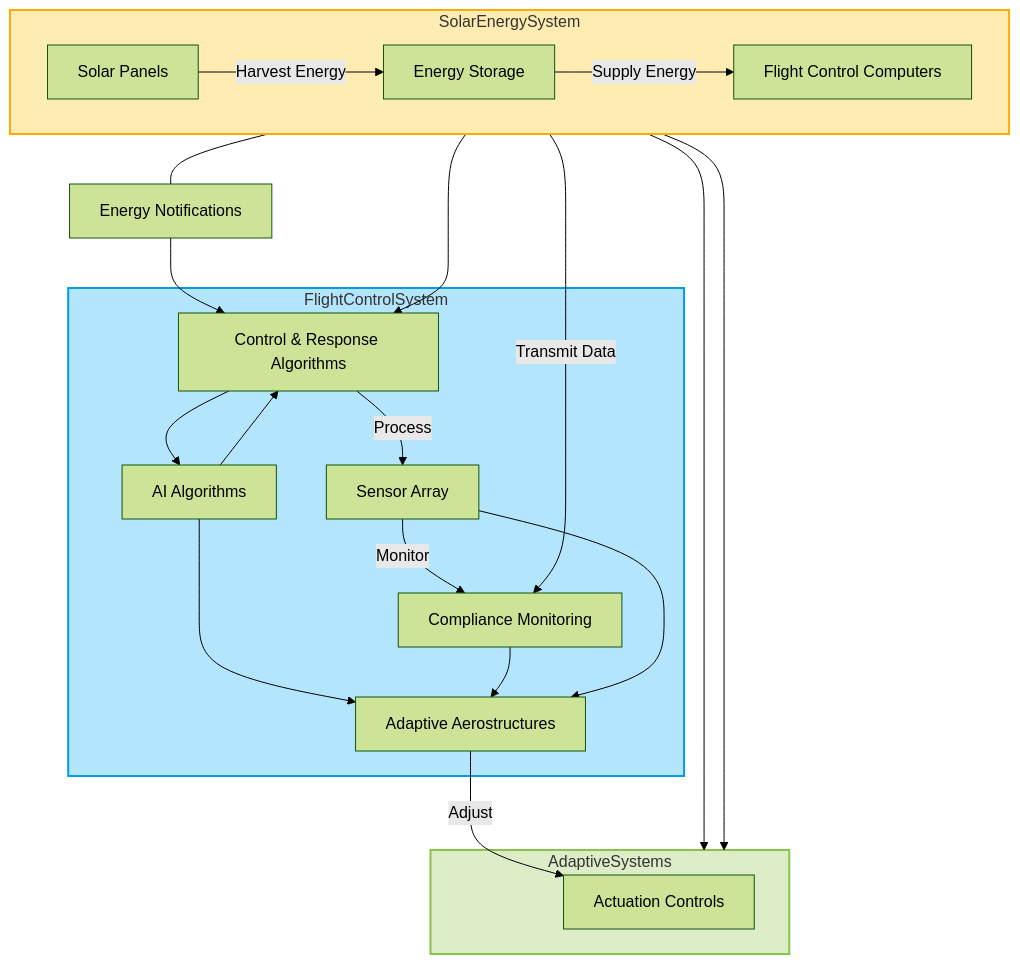
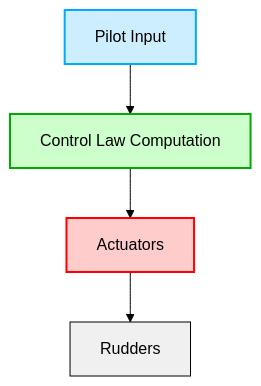
The third of 13 diagrams in FTC_27-00-00-00-000 – ATA_27-Flight-Controls.md (Robbbo-T/Ampel360XWLRGA), drawn with Mermaid (forest theme) before and after one commit. The commit also changed other lines of this file, not shown here.

Commit message:
Update FTC_27-00-00-00-000 – ATA_27-Flight-Controls.md (#72)

````diff
--- a/FTC_27-00-00-00-000 – ATA_27-Flight-Controls.md
+++ b/FTC_27-00-00-00-000 – ATA_27-Flight-Controls.md
@@ -1223,35 +213,10 @@
 ```mermaid
-flowchart TB
-    subgraph SolarEnergySystem
-      direction LR
-      SP[Solar Panels] -->|Harvest Energy| SES[Energy Storage]
-      SES --> |Supply Energy| FCS_FC
-    end
-
-    subgraph FlightControlSystem
-      FCS_FC[Flight Control Computers] --> CRA[Control & Response Algorithms]
-      CRA -->|Process| SA[Sensor Array]
-      CRA --> AI[AI Algorithms]
-      SA --> |Monitor| CMP[Compliance Monitoring]
-      AI --> CRA
-      AI --> MA[Adaptive Aerostructures]
-    end
-
-    subgraph AdaptiveSystems
-      MA --> |Adjust| AC[Actuation Controls]
-    end
-
-    SES --> AdaptiveSystems
-    FCS_FC --> AdaptiveSystems
-    FCS_FC --> |Transmit Data| CMP
-    CMP --> MA
-    SA --> MA
-
-    SES --- SES_Notifications
-    SES_Notifications[Energy Notifications]
-    SES_Notifications --> CRA
-
-    style SolarEnergySystem fill:#FFECB3,stroke:#FFAB00,stroke-width:2px
-    style FlightControlSystem fill:#B3E5FC,stroke:#039BE5,stroke-width:2px
-    style AdaptiveSystems fill:#DCEDC8,stroke:#8BC34A,stroke-width:2px
+graph TD
+    A[Pilot Input] --> B[Control Law Computation]
+    B --> C[Actuators]
+    C --> D[Rudders]
+    style A fill:#cceeff,stroke:#00aaff,stroke-width:2px
+    style B fill:#ccffcc,stroke:#00aa00,stroke-width:2px
+    style C fill:#ffcccc,stroke:#ff0000,stroke-width:2px
+    style D fill:#f0f0f0,stroke:#000000,stroke-width:1px
 ```
````
